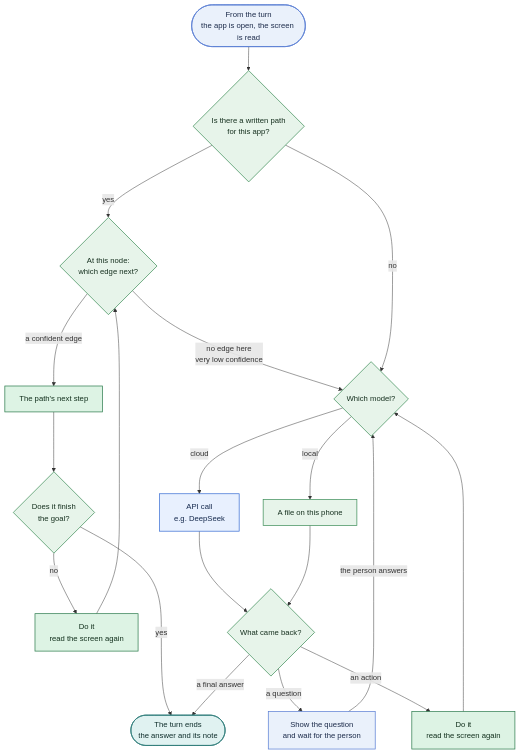
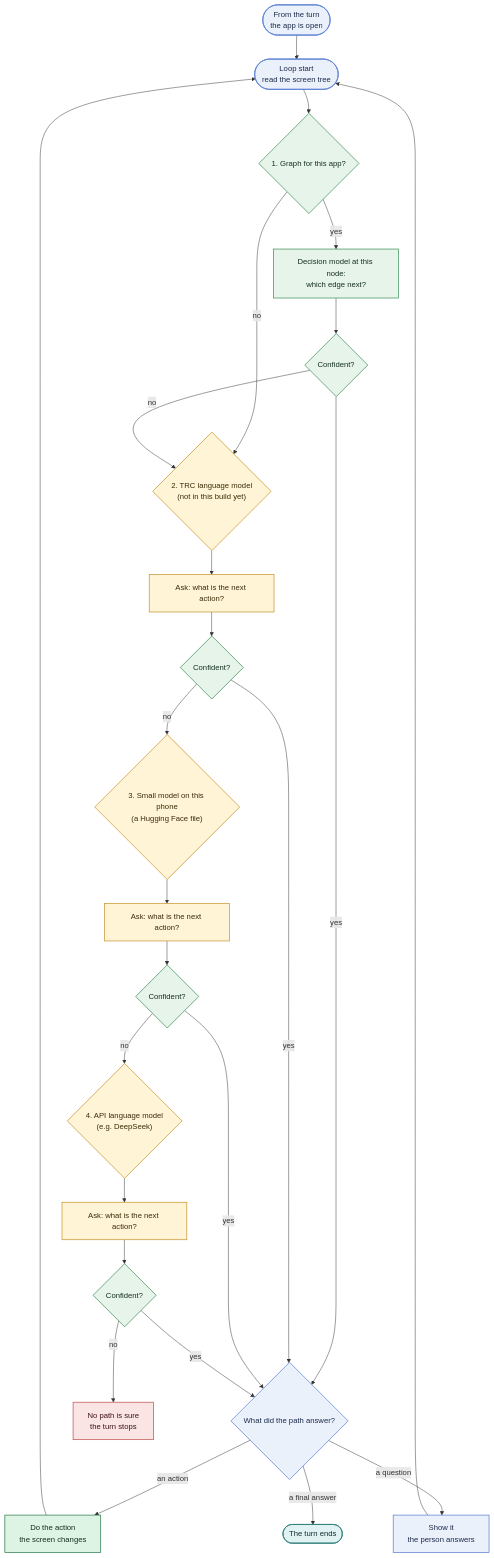
Before and after one commit to agents-demo/hopa: the third of 3 diagrams in docs/design/architecture/turn-flow.md, drawn with Mermaid. The commit also changed other lines of this file and 10 other files, not shown here.

First line of the commit message:
docs(architecture): three turn pictures, and the word is graph

````diff
--- a/docs/design/architecture/turn-flow.md
+++ b/docs/design/architecture/turn-flow.md
@@ -59,36 +83,43 @@
 ```mermaid
 flowchart TD
-  IN(["From the turn<br/>the app is open, the screen is read"]) --> HAS{"Is there a written path<br/>for this app?"}
-  HAS -->|"yes"| NODE{"At this node:<br/>which edge next?"}
-  NODE -->|"a confident edge"| STEP["The path's next step"]
-  STEP --> FIN{"Does it finish<br/>the goal?"}
-  FIN -->|"no"| DO["Do it<br/>read the screen again"]
-  DO --> NODE
-  FIN -->|"yes"| END(["The turn ends<br/>the answer and its note"])
-  NODE -->|"no edge here<br/>very low confidence"| WHICH{"Which model?"}
-  HAS -->|"no"| WHICH
-  WHICH -->|"cloud"| CLOUD["API call<br/>e.g. DeepSeek"]
-  WHICH -->|"local"| LOCAL["A file on this phone"]
-  CLOUD --> WHAT{"What came back?"}
-  LOCAL --> WHAT
-  WHAT -->|"a final answer"| END
-  WHAT -->|"a question"| ASK["Show the question<br/>and wait for the person"]
-  ASK -->|"the person answers"| WHICH
-  WHAT -->|"an action"| ACT["Do it<br/>read the screen again"]
-  ACT --> WHICH
+  IN(["From the turn<br/>the app is open"]) --> S(["Loop start<br/>read the screen tree"])
+  S --> G{"1. Graph for this app?"}
+  G -->|"yes"| GD["Decision model at this node:<br/>which edge next?"]
+  GD --> C1{"Confident?"}
+  G -->|"no"| T
+  C1 -->|"yes"| KIND
+  C1 -->|"no"| T{"2. TRC language model<br/>(not in this build yet)"}
+  T --> TD["Ask: what is the next action?"]
+  TD --> C2{"Confident?"}
+  C2 -->|"yes"| KIND
+  C2 -->|"no"| H{"3. Small model on this phone<br/>(a Hugging Face file)"}
+  H --> HD["Ask: what is the next action?"]
+  HD --> C3{"Confident?"}
+  C3 -->|"yes"| KIND
+  C3 -->|"no"| A{"4. API language model<br/>(e.g. DeepSeek)"}
+  A --> AD["Ask: what is the next action?"]
+  AD --> C4{"Confident?"}
+  C4 -->|"yes"| KIND
+  C4 -->|"no"| FAIL["No path is sure<br/>the turn stops"]:::stop
+  KIND{"What did the path answer?"}
+  KIND -->|"an action"| ACT["Do the action<br/>the screen changes"]
+  ACT --> S
+  KIND -->|"a question"| ASK["Show it<br/>the person answers"]
+  ASK --> S
+  KIND -->|"a final answer"| END(["The turn ends"]):::answer
 
   classDef io fill:#EAF1FB,stroke:#5B7FD4,color:#1C2B4A,stroke-width:1.5px
   classDef core fill:#E7F4EA,stroke:#3F8F5A,color:#16301F,stroke-width:1.5px
-  classDef cloud fill:#E8F0FE,stroke:#3B6FD4,color:#15294D,stroke-width:1.5px
-  classDef local fill:#E7F4EA,stroke:#3F8F5A,color:#16301F,stroke-width:1.5px
+  classDef model fill:#FFF4D6,stroke:#C9962F,color:#3A2C08,stroke-width:1.5px
   classDef execute fill:#DDF3E4,stroke:#2F7D4F,color:#12301D,stroke-width:1.5px
   classDef answer fill:#E0F2F1,stroke:#2F7D7A,color:#0F2E2C,stroke-width:1.5px
   classDef question fill:#EAF1FB,stroke:#5B7FD4,color:#1C2B4A,stroke-width:1.5px,stroke-dasharray:5 3
+  classDef stop fill:#FBE4E4,stroke:#BF5252,color:#3D1414,stroke-width:1.5px
 
-  class IN,ASK io
-  class HAS,NODE,FIN,WHICH,WHAT core
-  class CLOUD cloud
-  class LOCAL local
-  class STEP,DO,ACT execute
+  class IN,S,KIND,ASK io
+  class G,GD,C1,C2,C3,C4 core
+  class T,TD,H,HD,A,AD model
+  class ACT execute
   class END answer
+  class FAIL stop
 ```
````
